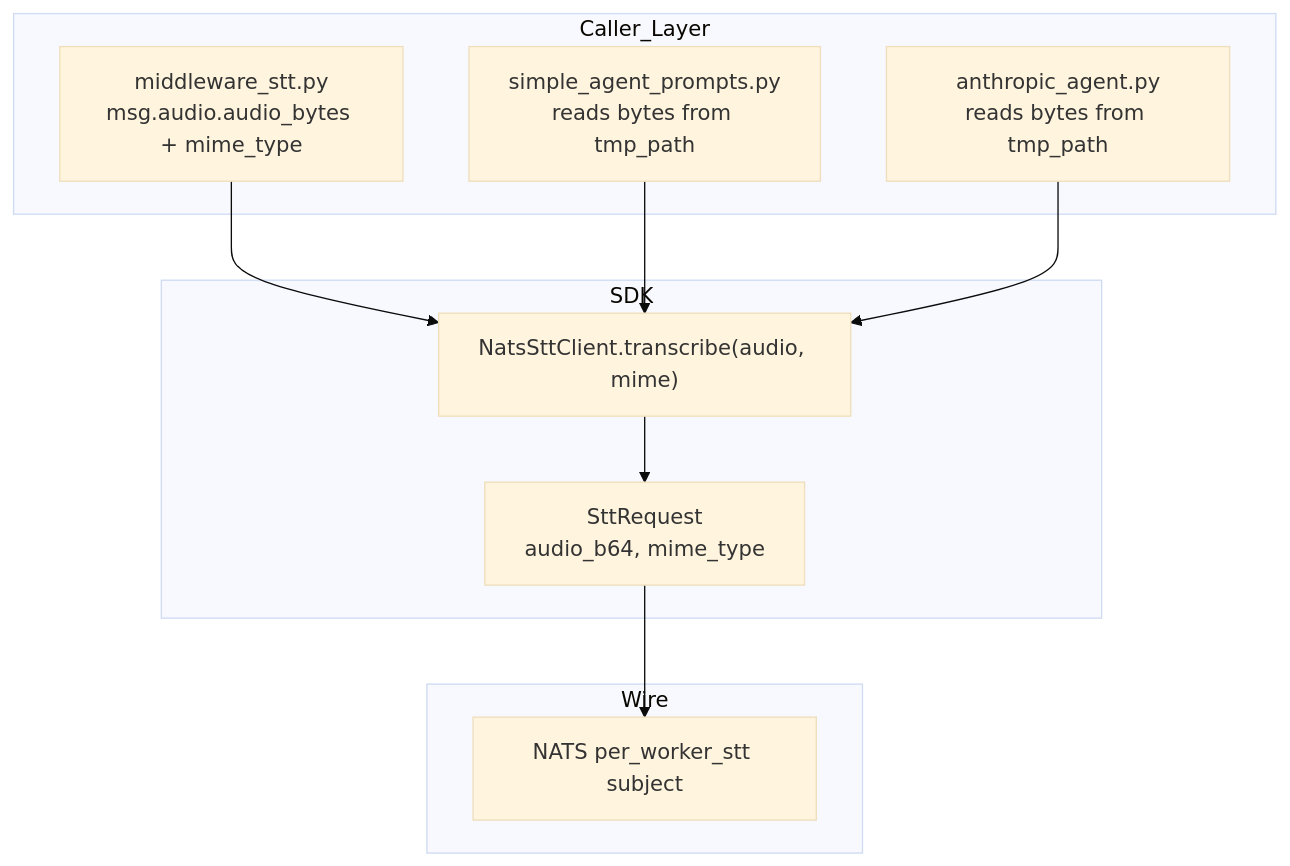
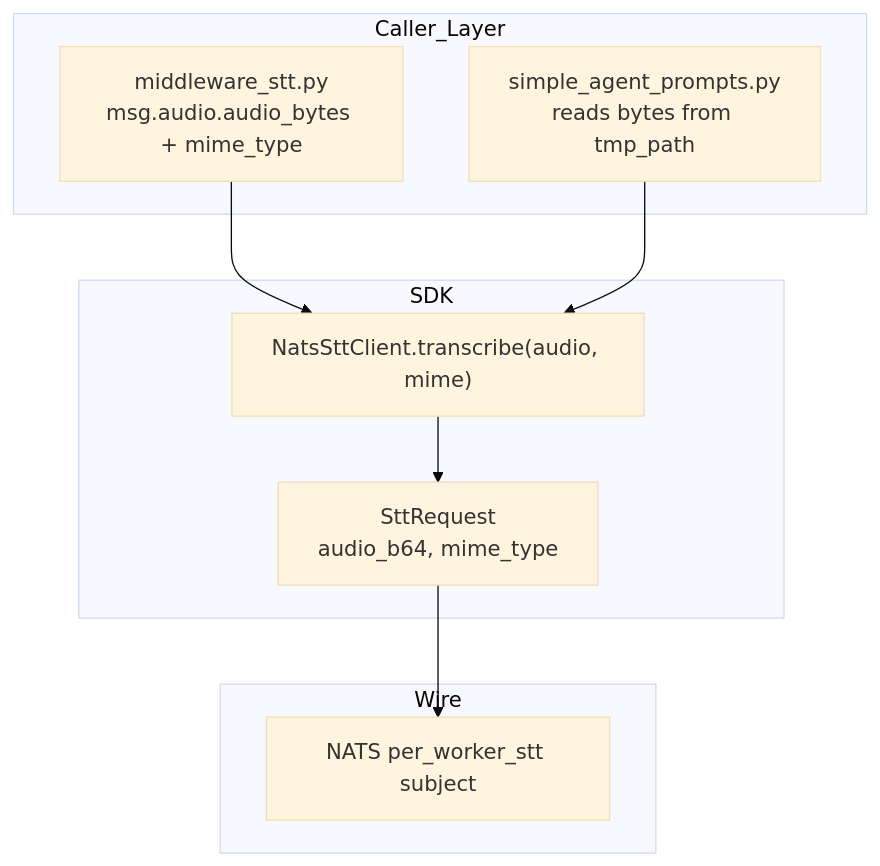
Before and after one commit to Roxabi/lyra: the first of 2 diagrams in artifacts/plans/852-transcribe-bytes-signature-plan.mdx, drawn with Mermaid (base theme). The commit also changed other lines of this file, not shown here.

Commit message:
chore(plan): update #852 transcribe bytes signature plan

````diff
--- a/artifacts/plans/852-transcribe-bytes-signature-plan.mdx
+++ b/artifacts/plans/852-transcribe-bytes-signature-plan.mdx
@@ -18,22 +18,20 @@
 ```mermaid
 flowchart TD
     subgraph Caller_Layer
         MW[middleware_stt.py<br/>msg.audio.audio_bytes + mime_type]
         SAP[simple_agent_prompts.py<br/>reads bytes from tmp_path]
-        AA[anthropic_agent.py<br/>reads bytes from tmp_path]
     end
 
     subgraph SDK
         NSC["NatsSttClient.transcribe(audio, mime)"]
         SR[SttRequest<br/>audio_b64, mime_type]
     end
 
     subgraph Wire
         NATS[NATS per_worker_stt subject]
     end
 
     MW --> NSC
     SAP --> NSC
-    AA --> NSC
     NSC --> SR --> NATS
 ```
````
